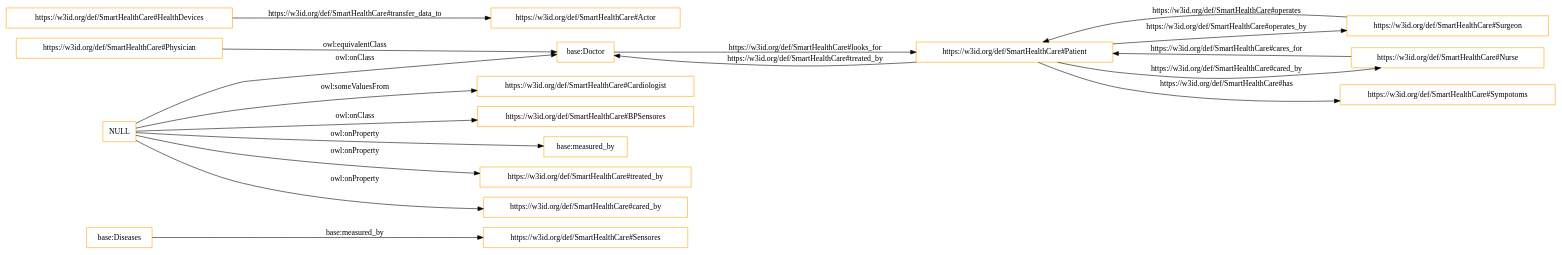
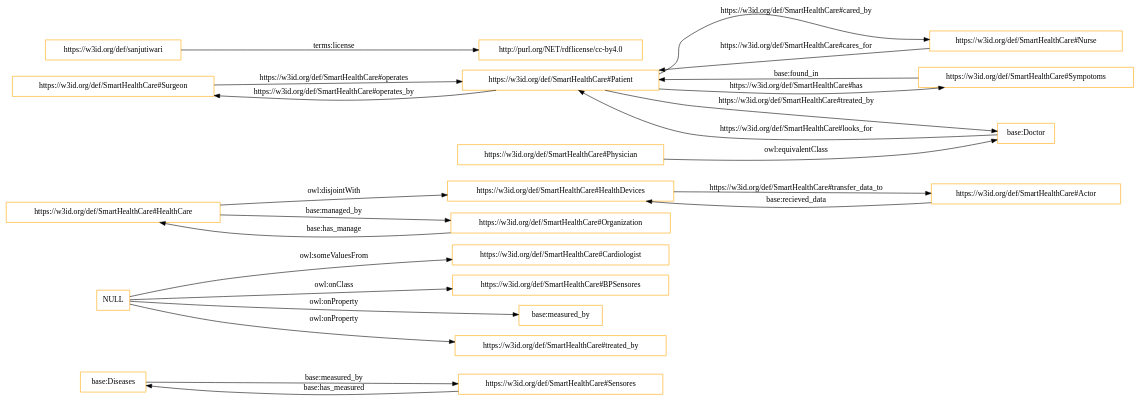
One commit to tiwari2019/myrepo changed the diagram in OnToology/Healthcare.owl/diagrams/ar2dtool-class/Healthcare.owl.png.dot. Above: the diagram before and after it, drawn with Graphviz. The commit also changed 13 other files, not shown here.

```diff
--- a/OnToology/Healthcare.owl/diagrams/ar2dtool-class/Healthcare.owl.png.dot
+++ b/OnToology/Healthcare.owl/diagrams/ar2dtool-class/Healthcare.owl.png.dot
@@ -1,22 +1,27 @@
 digraph ar2dtool_diagram { 
 rankdir=LR;
 size="1501"
-node [shape = rectangle, color="orange"]; "base:Diseases" "https://w3id.org/def/SmartHealthCare#Cardiologist" "https://w3id.org/def/SmartHealthCare#BPSensores" "https://w3id.org/def/SmartHealthCare#HealthDevices" "https://w3id.org/def/SmartHealthCare#Surgeon" "https://w3id.org/def/SmartHealthCare#Physician" "https://w3id.org/def/SmartHealthCare#Nurse" "base:Doctor" "https://w3id.org/def/SmartHealthCare#Sympotoms" "https://w3id.org/def/SmartHealthCare#Sensores" "https://w3id.org/def/SmartHealthCare#Actor" "https://w3id.org/def/SmartHealthCare#Patient" ; /*classes style*/
+node [shape = rectangle, color="orange"]; "base:Diseases" "https://w3id.org/def/SmartHealthCare#Cardiologist" "https://w3id.org/def/SmartHealthCare#BPSensores" "https://w3id.org/def/SmartHealthCare#HealthDevices" "https://w3id.org/def/SmartHealthCare#Surgeon" "https://w3id.org/def/SmartHealthCare#Physician" "https://w3id.org/def/SmartHealthCare#Nurse" "base:Doctor" "https://w3id.org/def/SmartHealthCare#Sympotoms" "https://w3id.org/def/SmartHealthCare#Sensores" "https://w3id.org/def/SmartHealthCare#HealthCare" "https://w3id.org/def/SmartHealthCare#Organization" "https://w3id.org/def/SmartHealthCare#Actor" "https://w3id.org/def/SmartHealthCare#Patient" ; /*classes style*/
+	"NULL" -> "https://w3id.org/def/SmartHealthCare#BPSensores" [ label = "owl:onClass" ];
+	"NULL" -> "base:measured_by" [ label = "owl:onProperty" ];
 	"NULL" -> "https://w3id.org/def/SmartHealthCare#Cardiologist" [ label = "owl:someValuesFrom" ];
 	"NULL" -> "https://w3id.org/def/SmartHealthCare#treated_by" [ label = "owl:onProperty" ];
-	"NULL" -> "base:Doctor" [ label = "owl:onClass" ];
-	"NULL" -> "https://w3id.org/def/SmartHealthCare#cared_by" [ label = "owl:onProperty" ];
-	"NULL" -> "https://w3id.org/def/SmartHealthCare#BPSensores" [ label = "owl:onClass" ];
-	"NULL" -> "base:measured_by" [ label = "owl:onProperty" ];
+	"https://w3id.org/def/SmartHealthCare#HealthCare" -> "https://w3id.org/def/SmartHealthCare#HealthDevices" [ label = "owl:disjointWith" ];
+	"https://w3id.org/def/sanjutiwari" -> "http://purl.org/NET/rdflicense/cc-by4.0" [ label = "terms:license" ];
 	"https://w3id.org/def/SmartHealthCare#Physician" -> "base:Doctor" [ label = "owl:equivalentClass" ];
+	"https://w3id.org/def/SmartHealthCare#Organization" -> "https://w3id.org/def/SmartHealthCare#HealthCare" [ label = "base:has_manage" ];
+	"https://w3id.org/def/SmartHealthCare#HealthCare" -> "https://w3id.org/def/SmartHealthCare#Organization" [ label = "base:managed_by" ];
 	"https://w3id.org/def/SmartHealthCare#HealthDevices" -> "https://w3id.org/def/SmartHealthCare#Actor" [ label = "https://w3id.org/def/SmartHealthCare#transfer_data_to" ];
+	"https://w3id.org/def/SmartHealthCare#Sensores" -> "base:Diseases" [ label = "base:has_measured" ];
+	"base:Diseases" -> "https://w3id.org/def/SmartHealthCare#Sensores" [ label = "base:measured_by" ];
+	"https://w3id.org/def/SmartHealthCare#Patient" -> "https://w3id.org/def/SmartHealthCare#Sympotoms" [ label = "https://w3id.org/def/SmartHealthCare#has" ];
 	"base:Doctor" -> "https://w3id.org/def/SmartHealthCare#Patient" [ label = "https://w3id.org/def/SmartHealthCare#looks_for" ];
+	"https://w3id.org/def/SmartHealthCare#Actor" -> "https://w3id.org/def/SmartHealthCare#HealthDevices" [ label = "base:recieved_data" ];
 	"https://w3id.org/def/SmartHealthCare#Patient" -> "base:Doctor" [ label = "https://w3id.org/def/SmartHealthCare#treated_by" ];
-	"base:Diseases" -> "https://w3id.org/def/SmartHealthCare#Sensores" [ label = "base:measured_by" ];
 	"https://w3id.org/def/SmartHealthCare#Patient" -> "https://w3id.org/def/SmartHealthCare#Surgeon" [ label = "https://w3id.org/def/SmartHealthCare#operates_by" ];
-	"https://w3id.org/def/SmartHealthCare#Patient" -> "https://w3id.org/def/SmartHealthCare#Sympotoms" [ label = "https://w3id.org/def/SmartHealthCare#has" ];
 	"https://w3id.org/def/SmartHealthCare#Patient" -> "https://w3id.org/def/SmartHealthCare#Nurse" [ label = "https://w3id.org/def/SmartHealthCare#cared_by" ];
 	"https://w3id.org/def/SmartHealthCare#Surgeon" -> "https://w3id.org/def/SmartHealthCare#Patient" [ label = "https://w3id.org/def/SmartHealthCare#operates" ];
+	"https://w3id.org/def/SmartHealthCare#Sympotoms" -> "https://w3id.org/def/SmartHealthCare#Patient" [ label = "base:found_in" ];
 	"https://w3id.org/def/SmartHealthCare#Nurse" -> "https://w3id.org/def/SmartHealthCare#Patient" [ label = "https://w3id.org/def/SmartHealthCare#cares_for" ];
 
 }
```
